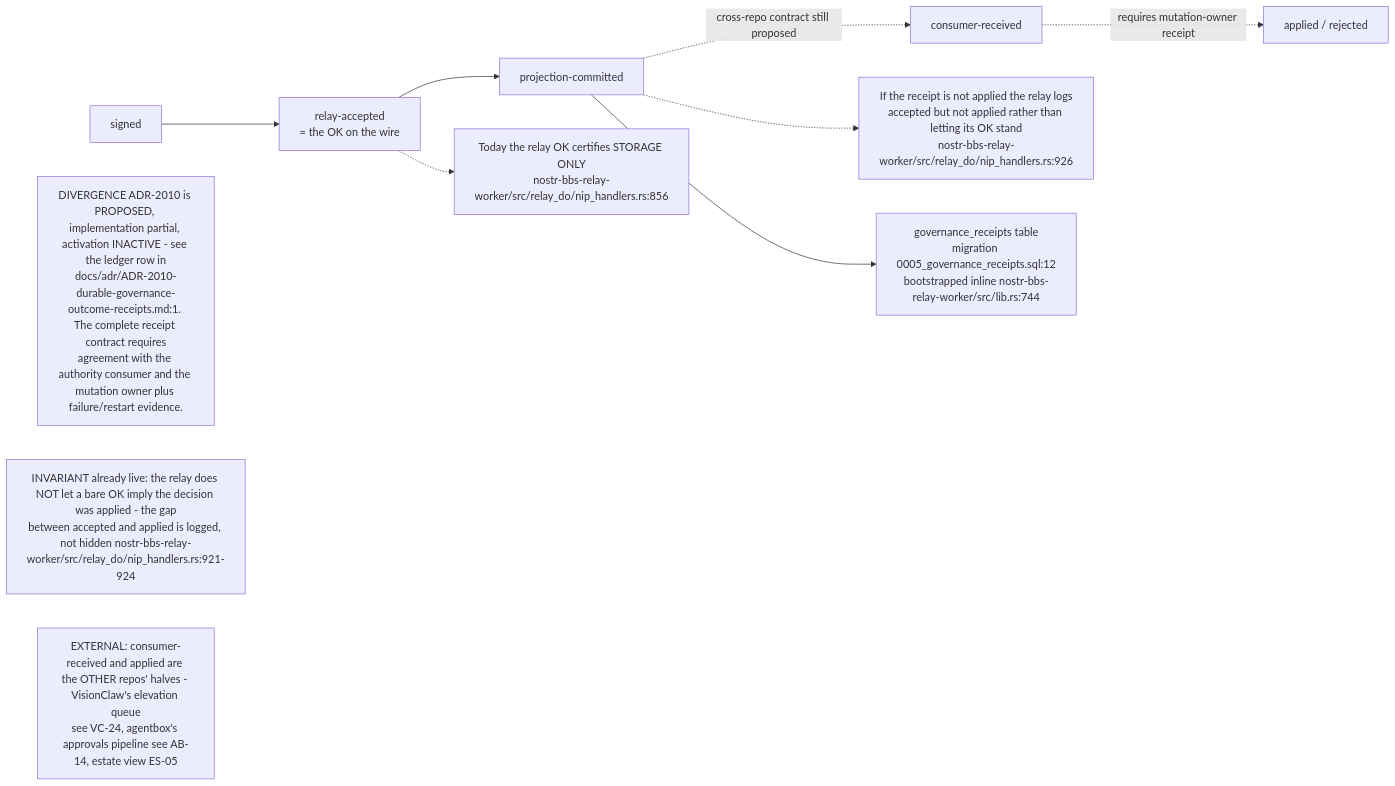
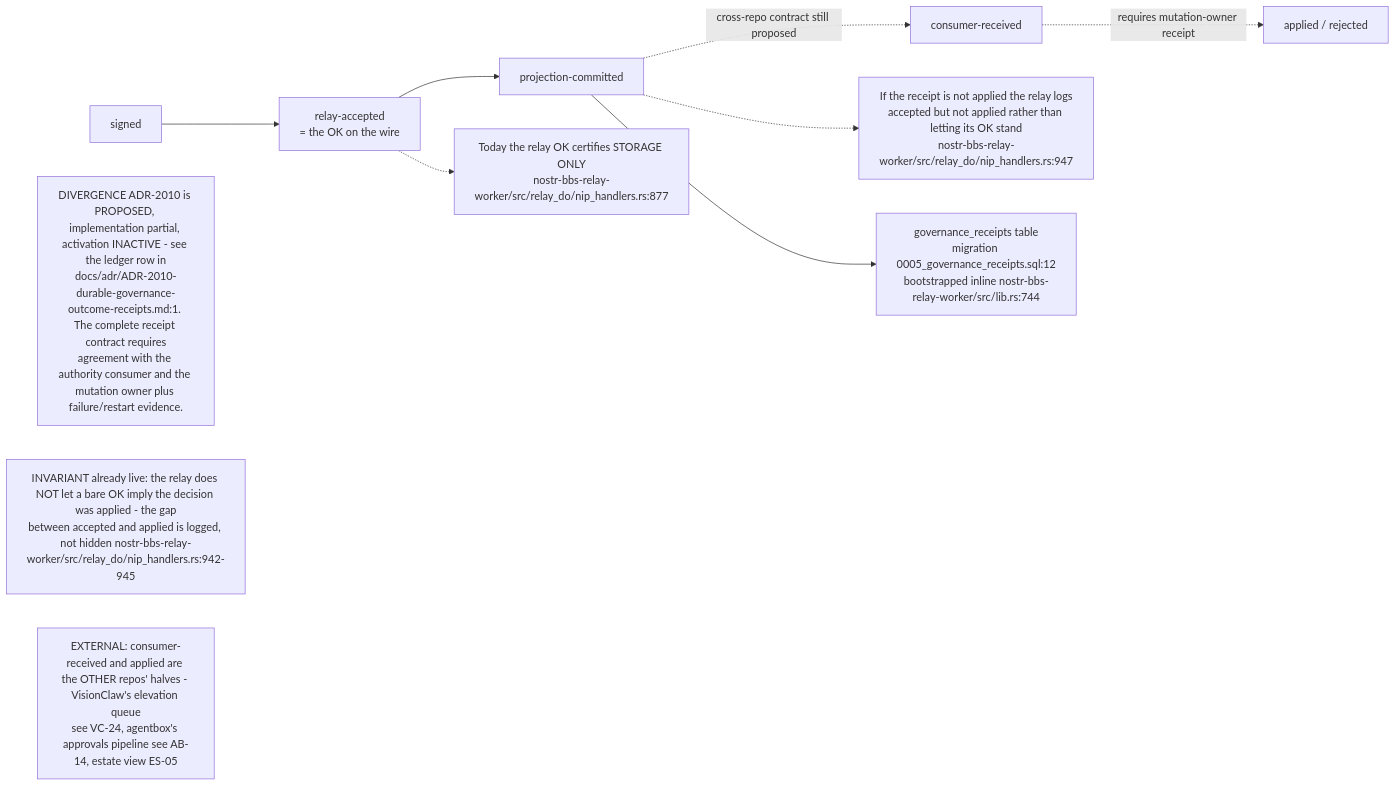
The seventh of 11 diagrams in docs/diagrams/nostr-rust-forum/06-agent-control-surface-31400-31405.md (DreamLab-AI/VisionFlow), drawn with Mermaid before and after one commit. The commit also changed other lines of this file and 52 other files, not shown here.

First line of the commit message:
docs(diagrams): wave 3 checkpoint — bare line refs resolved, revision-pinned cite-check, VC-05/AB-01..13 re-attested

````diff
--- a/docs/diagrams/nostr-rust-forum/06-agent-control-surface-31400-31405.md
+++ b/docs/diagrams/nostr-rust-forum/06-agent-control-surface-31400-31405.md
@@ -195,19 +194,19 @@
 ```mermaid
 flowchart LR
     SIGNED["signed"] --> ACCEPTED["relay-accepted<br/>= the OK on the wire"]
     ACCEPTED --> PROJ["projection-committed"]
     PROJ -. "cross-repo contract still proposed" .-> RECV["consumer-received"]
     RECV -. "requires mutation-owner receipt" .-> APPLIED["applied / rejected"]
 
-    OKNOW["Today the relay OK certifies STORAGE ONLY<br/>nostr-bbs-relay-worker/src/relay_do/nip_handlers.rs:856"]
-    WARN["If the receipt is not applied the relay logs<br/>accepted but not applied rather than letting its OK stand<br/>nostr-bbs-relay-worker/src/relay_do/nip_handlers.rs:926"]
+    OKNOW["Today the relay OK certifies STORAGE ONLY<br/>nostr-bbs-relay-worker/src/relay_do/nip_handlers.rs:877"]
+    WARN["If the receipt is not applied the relay logs<br/>accepted but not applied rather than letting its OK stand<br/>nostr-bbs-relay-worker/src/relay_do/nip_handlers.rs:947"]
     TABLE["governance_receipts table<br/>migration 0005_governance_receipts.sql:12<br/>bootstrapped inline nostr-bbs-relay-worker/src/lib.rs:744"]
 
     ACCEPTED -.-> OKNOW
     PROJ -.-> WARN
     PROJ --> TABLE
 
     N1["DIVERGENCE ADR-2010 is PROPOSED, implementation partial, activation INACTIVE - see the ledger row in<br/>docs/adr/ADR-2010-durable-governance-outcome-receipts.md:1. The complete receipt contract requires<br/>agreement with the authority consumer and the mutation owner plus failure/restart evidence."]
-    N2["INVARIANT already live: the relay does NOT let a bare OK imply the decision was applied - the gap<br/>between accepted and applied is logged, not hidden nostr-bbs-relay-worker/src/relay_do/nip_handlers.rs:921-924"]
+    N2["INVARIANT already live: the relay does NOT let a bare OK imply the decision was applied - the gap<br/>between accepted and applied is logged, not hidden nostr-bbs-relay-worker/src/relay_do/nip_handlers.rs:942-945"]
     N3["EXTERNAL: consumer-received and applied are the OTHER repos' halves - VisionClaw's elevation queue<br/>see VC-24, agentbox's approvals pipeline see AB-14, estate view ES-05"]
 ```
````
